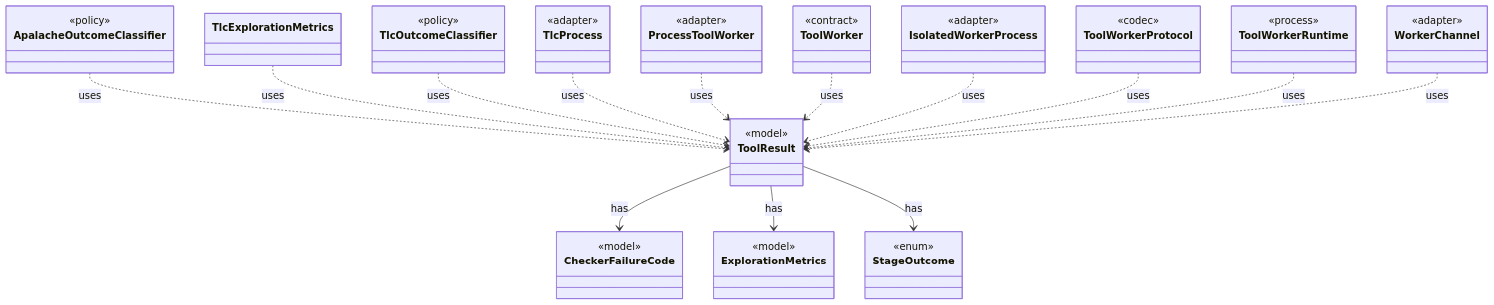
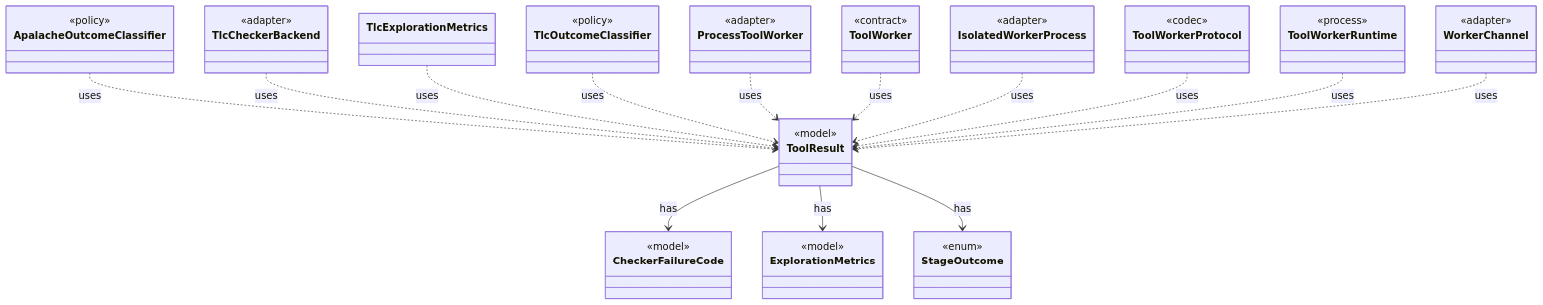
The diagram in dev/types/io.github.tlaplus.hardening.workflow.worker.ToolResult.md (tlaplus/model-checker-hardening), drawn with Mermaid before and after one commit. The commit also changed other lines of this file and 408 other files, not shown here.

````diff
--- a/dev/types/io.github.tlaplus.hardening.workflow.worker.ToolResult.md
+++ b/dev/types/io.github.tlaplus.hardening.workflow.worker.ToolResult.md
@@ -7,56 +7,56 @@
 ```mermaid
 classDiagram
   class ToolResult {
     <<model>>
   }
   class CheckerFailureCode {
     <<model>>
   }
   class ExplorationMetrics {
     <<model>>
   }
   class StageOutcome {
     <<enum>>
   }
   class ApalacheOutcomeClassifier {
     <<policy>>
   }
+  class TlcCheckerBackend {
+    <<adapter>>
+  }
   class TlcExplorationMetrics
   class TlcOutcomeClassifier {
     <<policy>>
-  }
-  class TlcProcess {
-    <<adapter>>
   }
   class ProcessToolWorker {
     <<adapter>>
   }
   class ToolWorker {
     <<contract>>
   }
   class IsolatedWorkerProcess {
     <<adapter>>
   }
   class ToolWorkerProtocol {
     <<codec>>
   }
   class ToolWorkerRuntime {
     <<process>>
   }
   class WorkerChannel {
     <<adapter>>
   }
   ToolResult --> CheckerFailureCode : has
   ToolResult --> ExplorationMetrics : has
   ToolResult --> StageOutcome : has
   ApalacheOutcomeClassifier ..> ToolResult : uses
+  TlcCheckerBackend ..> ToolResult : uses
   TlcExplorationMetrics ..> ToolResult : uses
   TlcOutcomeClassifier ..> ToolResult : uses
-  TlcProcess ..> ToolResult : uses
   ProcessToolWorker ..> ToolResult : uses
   ToolWorker ..> ToolResult : uses
   IsolatedWorkerProcess ..> ToolResult : uses
   ToolWorkerProtocol ..> ToolResult : uses
   ToolWorkerRuntime ..> ToolResult : uses
   WorkerChannel ..> ToolResult : uses
 ```
````
